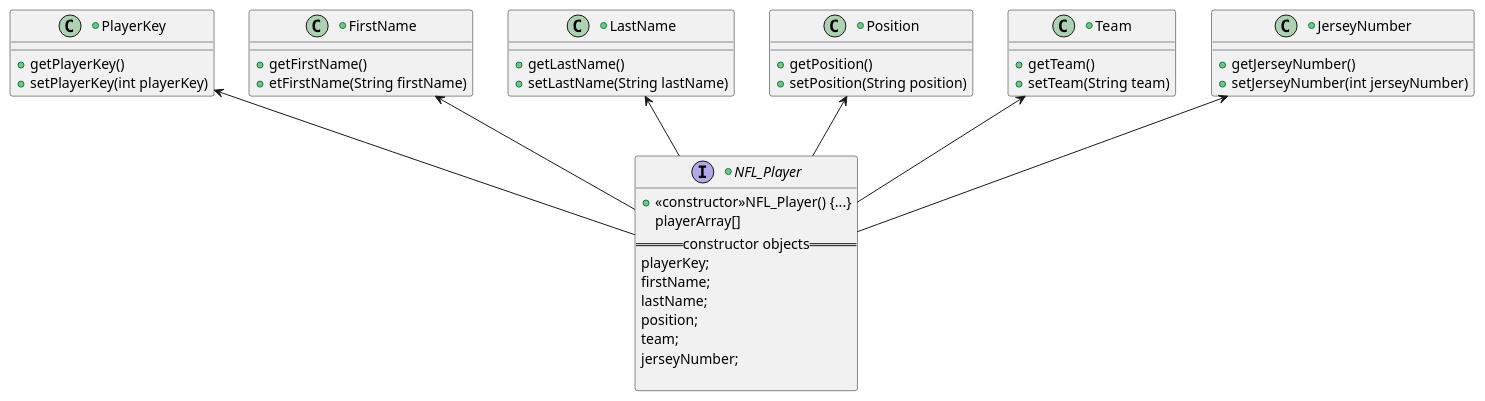
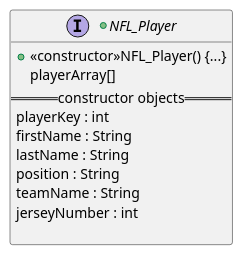
Before and after one commit to Malleas/cst_105: the diagram in src/Final_Project/NFL Player.puml, drawn with PlantUML.

Commit message:
Week 7 NFL_Player Class
upadte to UML

```diff
--- a/src/Final_Project/NFL Player.puml
+++ b/src/Final_Project/NFL Player.puml
@@ -1,51 +1,16 @@
 @startuml
 +interface NFL_Player{
 +<<constructor>>NFL_Player() {...}
 playerArray[]
 ==constructor objects==
-playerKey;
-firstName;
-lastName;
-position;
-team;
-jerseyNumber;
+playerKey : int
+firstName : String
+lastName : String
+position : String
+teamName : String
+jerseyNumber : int
 
 }
-+class PlayerKey{
-+getPlayerKey()
-+setPlayerKey(int playerKey)
-}
 
-+class FirstName{
-+getFirstName()
-+etFirstName(String firstName)
-}
-
-+class LastName{
-+getLastName()
-+setLastName(String lastName)
-}
-
-+class Position{
-+getPosition()
-+setPosition(String position)
-}
-
-+class Team{
-+getTeam()
-+setTeam(String team)
-}
-
-+class JerseyNumber{
-+getJerseyNumber()
-+setJerseyNumber(int jerseyNumber)
-}
-
-PlayerKey <-- NFL_Player
-FirstName <-- NFL_Player
-LastName <-- NFL_Player
-Position <-- NFL_Player
-Team <-- NFL_Player
-JerseyNumber <-- NFL_Player
 
 @enduml
```
